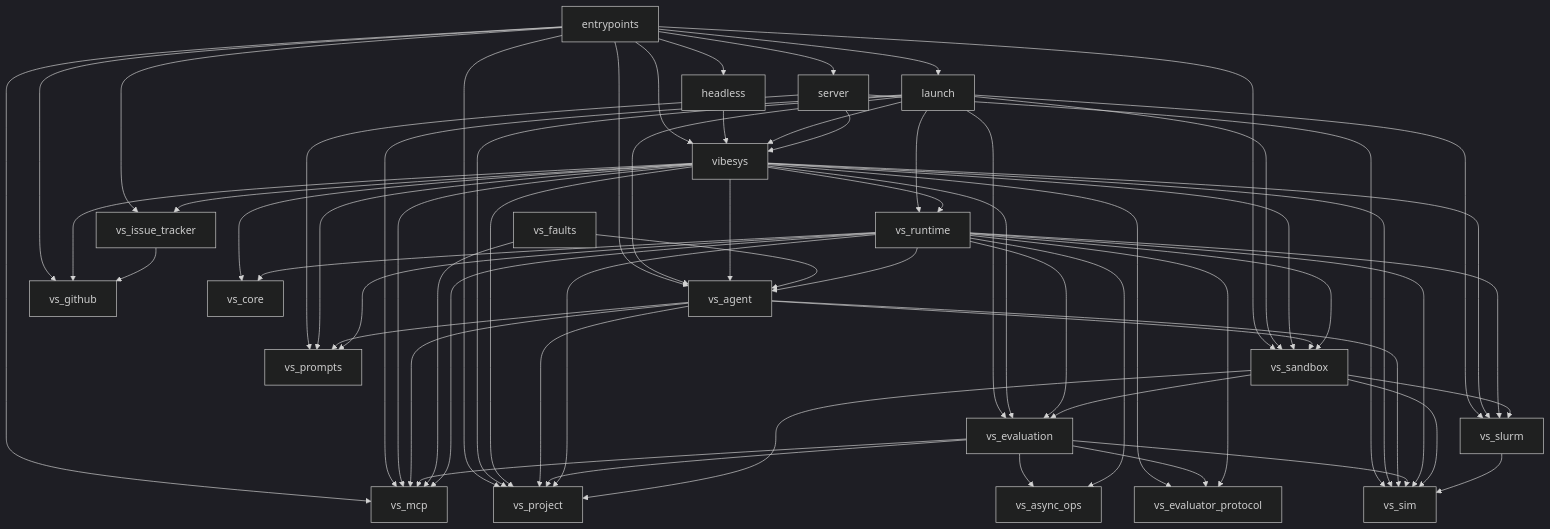
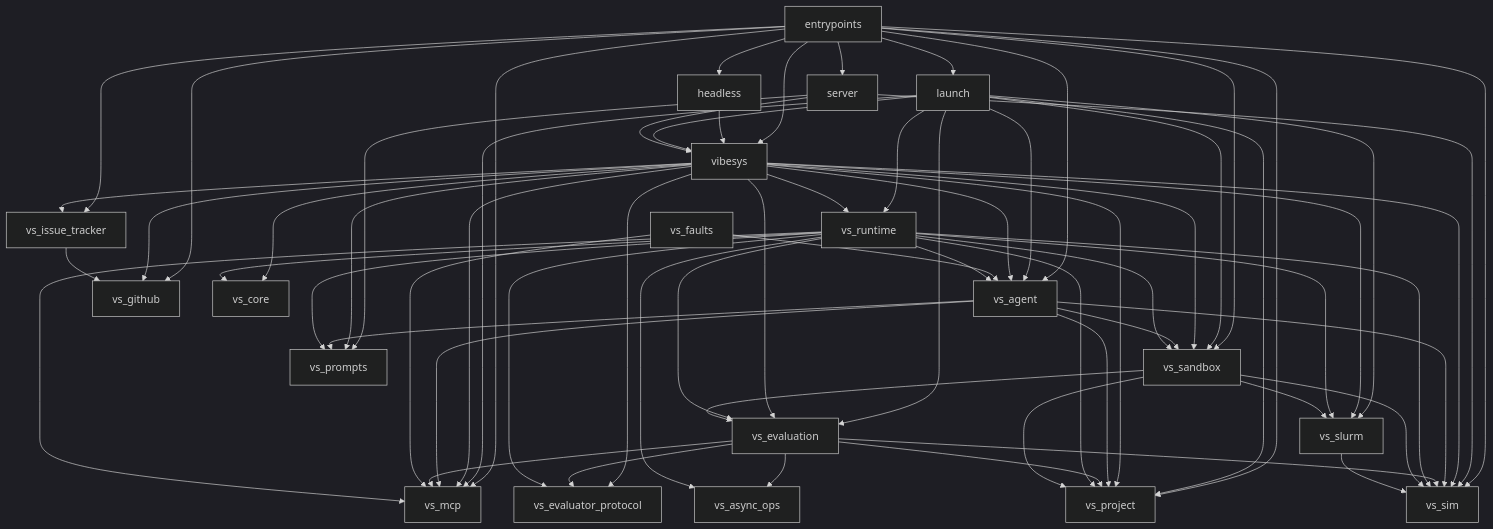
Before and after one commit to uw-syfi/vibesys: the diagram in docs/contributing/architecture.md, drawn with Mermaid (dark theme). The commit also changed 19 other files, not shown here.

````diff
--- a/docs/contributing/architecture.md
+++ b/docs/contributing/architecture.md
@@ -104,67 +104,68 @@
 ```mermaid
 graph TD
     entrypoints --> headless
     entrypoints --> launch
     entrypoints --> server
     entrypoints --> vibesys
     entrypoints --> vs_agent
     entrypoints --> vs_github
     entrypoints --> vs_issue_tracker
     entrypoints --> vs_mcp
     entrypoints --> vs_project
     entrypoints --> vs_sandbox
+    entrypoints --> vs_sim
     headless --> vibesys
     launch --> vibesys
     launch --> vs_agent
     launch --> vs_evaluation
     launch --> vs_mcp
     launch --> vs_project
     launch --> vs_runtime
     launch --> vs_sandbox
     launch --> vs_slurm
     server --> vibesys
     server --> vs_prompts
     server --> vs_sim
     vibesys --> vs_agent
     vibesys --> vs_core
     vibesys --> vs_evaluation
     vibesys --> vs_evaluator_protocol
     vibesys --> vs_github
     vibesys --> vs_issue_tracker
     vibesys --> vs_mcp
     vibesys --> vs_project
     vibesys --> vs_prompts
     vibesys --> vs_runtime
     vibesys --> vs_sandbox
     vibesys --> vs_sim
     vibesys --> vs_slurm
     vs_agent --> vs_mcp
     vs_agent --> vs_project
     vs_agent --> vs_prompts
     vs_agent --> vs_sandbox
     vs_agent --> vs_sim
     vs_evaluation --> vs_async_ops
     vs_evaluation --> vs_evaluator_protocol
     vs_evaluation --> vs_mcp
     vs_evaluation --> vs_project
     vs_evaluation --> vs_sim
     vs_faults --> vs_agent
     vs_faults --> vs_mcp
     vs_issue_tracker --> vs_github
     vs_runtime --> vs_agent
     vs_runtime --> vs_async_ops
     vs_runtime --> vs_core
     vs_runtime --> vs_evaluation
     vs_runtime --> vs_evaluator_protocol
     vs_runtime --> vs_mcp
     vs_runtime --> vs_project
     vs_runtime --> vs_prompts
     vs_runtime --> vs_sandbox
     vs_runtime --> vs_sim
     vs_runtime --> vs_slurm
     vs_sandbox --> vs_evaluation
     vs_sandbox --> vs_project
     vs_sandbox --> vs_sim
     vs_sandbox --> vs_slurm
     vs_slurm --> vs_sim
 ```
````
